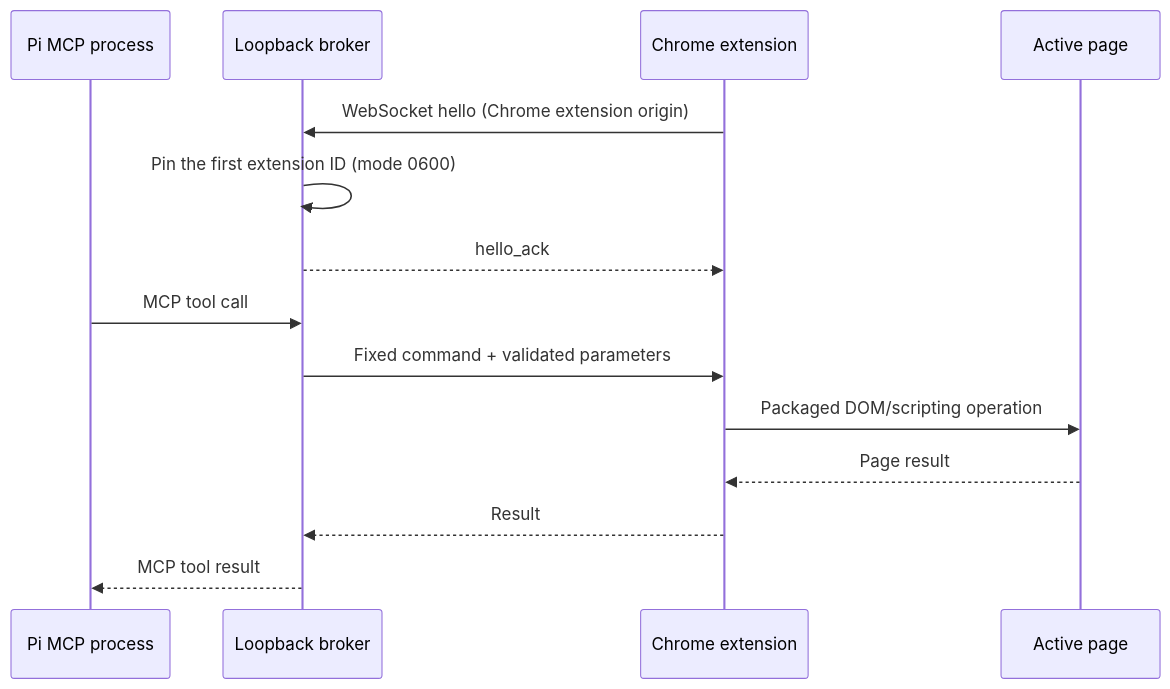
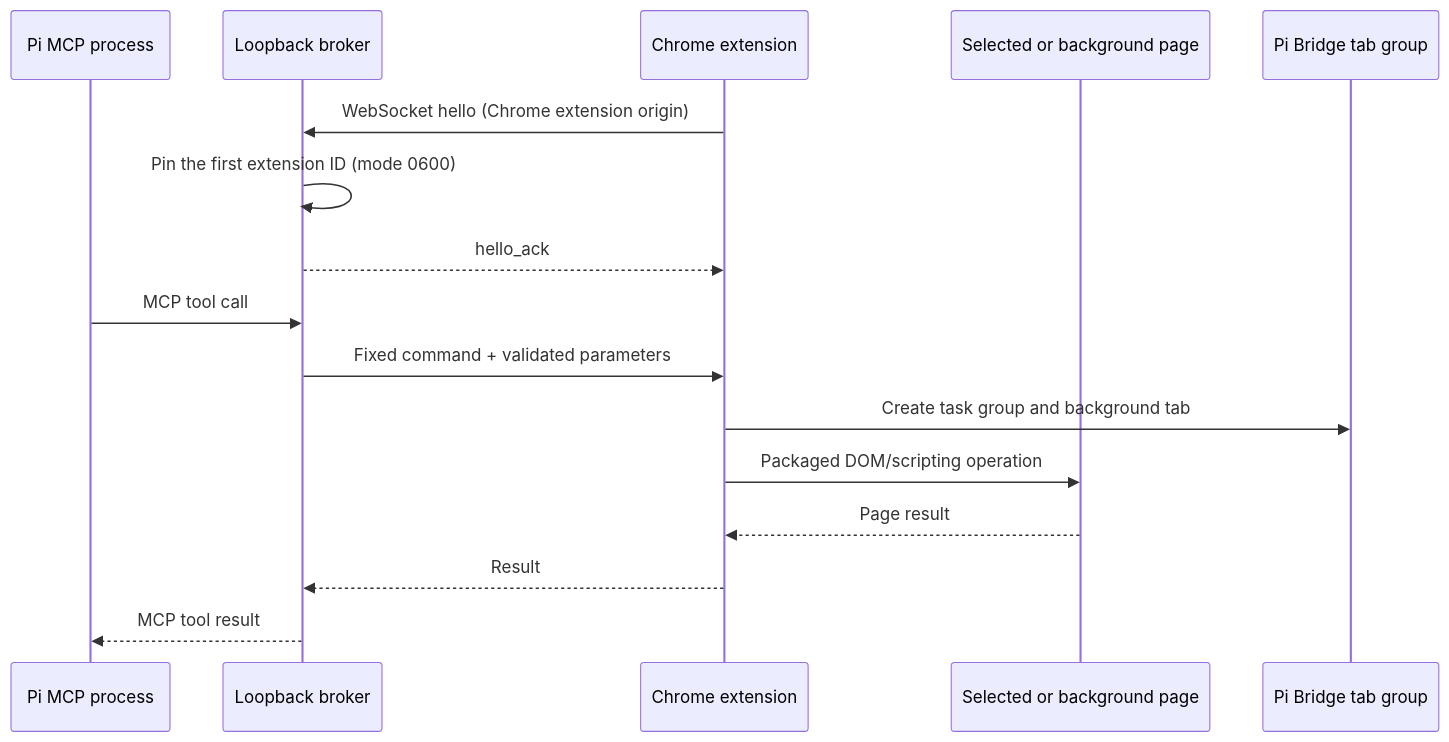
The diagram in docs/architecture.md (GHChrisSu/pi-browser-bridge), drawn with Mermaid before and after one commit. The commit also changed other lines of this file and 16 other files, not shown here.

Commit message:
Add background tab workspaces

````diff
--- a/docs/architecture.md
+++ b/docs/architecture.md
@@ -5,16 +5,18 @@
 ```mermaid
 sequenceDiagram
     participant P as Pi MCP process
     participant B as Loopback broker
     participant E as Chrome extension
-    participant D as Active page
+    participant D as Selected or background page
+    participant G as Pi Bridge tab group
     E->>B: WebSocket hello (Chrome extension origin)
     B->>B: Pin the first extension ID (mode 0600)
     B-->>E: hello_ack
     P->>B: MCP tool call
     B->>E: Fixed command + validated parameters
+    E->>G: Create task group and background tab
     E->>D: Packaged DOM/scripting operation
     D-->>E: Page result
     E-->>B: Result
     B-->>P: MCP tool result
 ```
````
